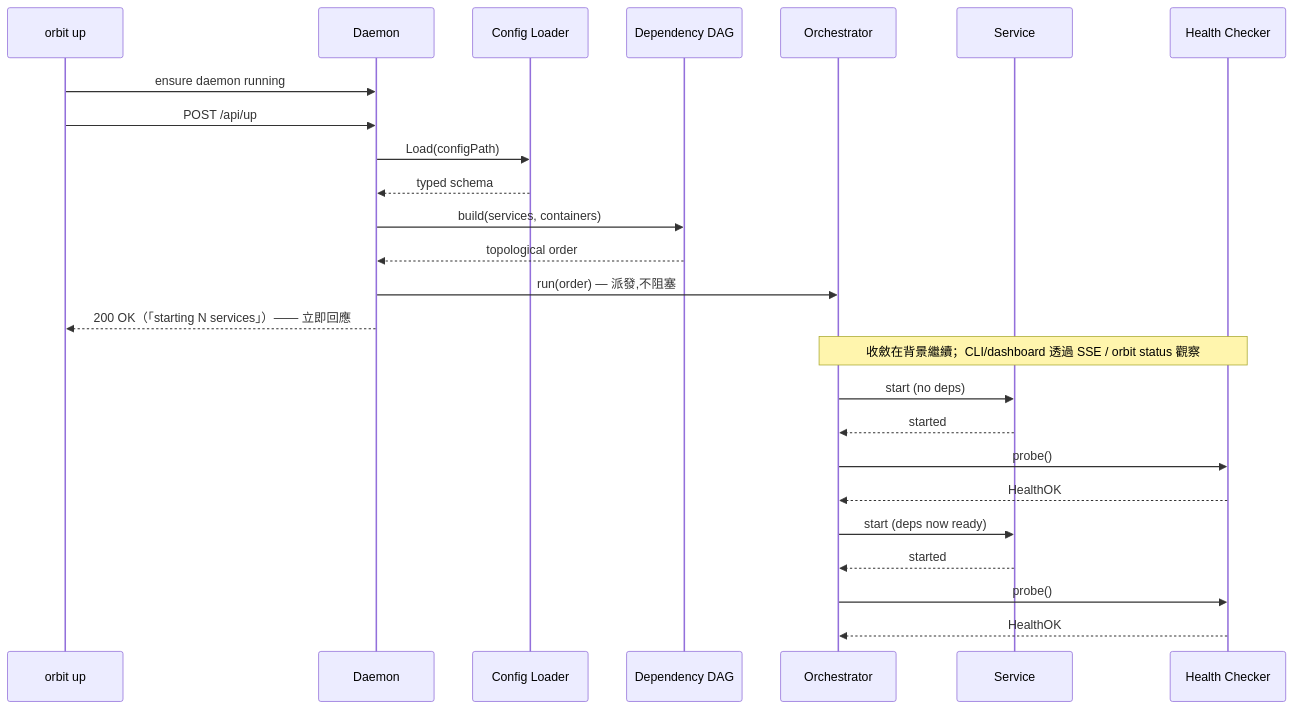
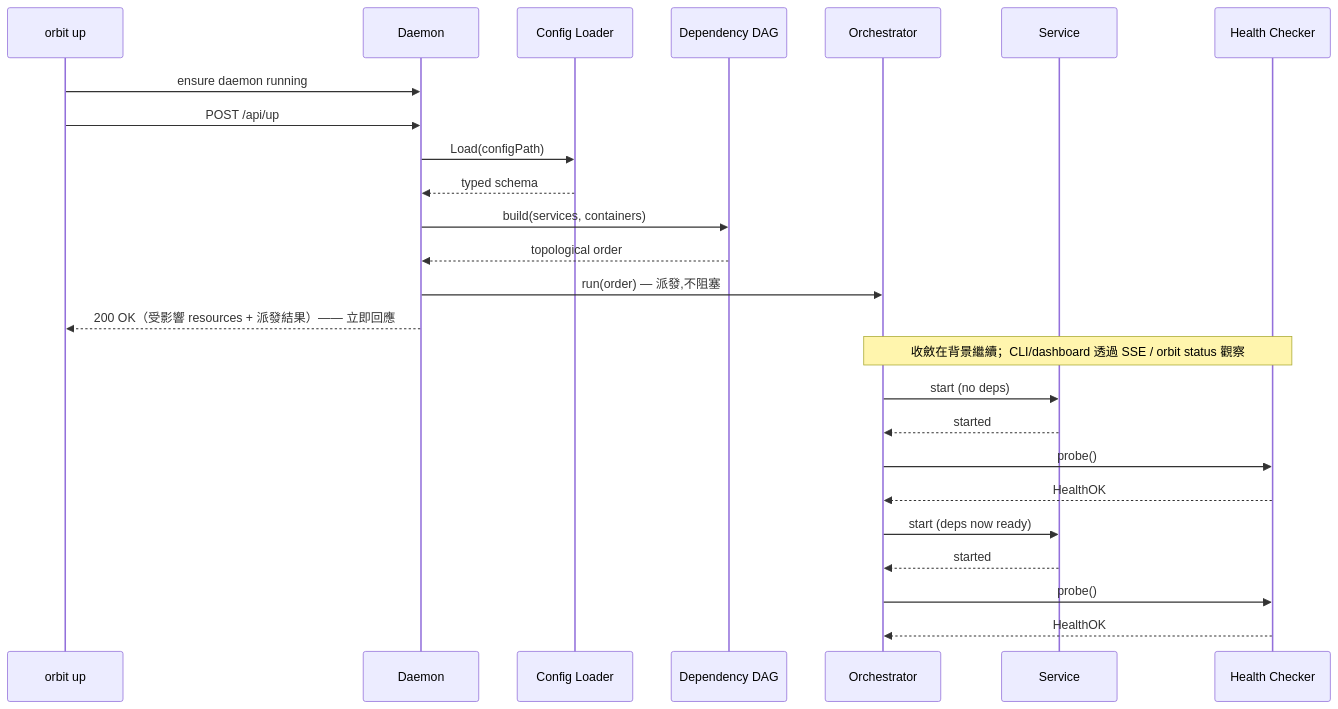
Before and after one commit to iml885203/orbit: the third of 3 diagrams in docs/architecture.zh-TW.md, drawn with Mermaid. The commit also changed other lines of this file and 21 other files, not shown here.

````diff
--- a/docs/architecture.zh-TW.md
+++ b/docs/architecture.zh-TW.md
@@ -106,28 +106,28 @@
 ```mermaid
 sequenceDiagram
     participant CLI as orbit up
     participant D as Daemon
     participant Cfg as Config Loader
     participant DAG as Dependency DAG
     participant Orch as Orchestrator
     participant Svc as Service
     participant HC as Health Checker
 
     CLI->>D: ensure daemon running
     CLI->>D: POST /api/up
     D->>Cfg: Load(configPath)
     Cfg-->>D: typed schema
     D->>DAG: build(services, containers)
     DAG-->>D: topological order
     D->>Orch: run(order) — 派發,不阻塞
-    D-->>CLI: 200 OK（「starting N services」）—— 立即回應
+    D-->>CLI: 200 OK（受影響 resources + 派發結果）—— 立即回應
     Note over Orch,HC: 收斂在背景繼續；CLI/dashboard 透過 SSE / orbit status 觀察
     Orch->>Svc: start (no deps)
     Svc-->>Orch: started
     Orch->>HC: probe()
     HC-->>Orch: HealthOK
     Orch->>Svc: start (deps now ready)
     Svc-->>Orch: started
     Orch->>HC: probe()
     HC-->>Orch: HealthOK
 ```
````
